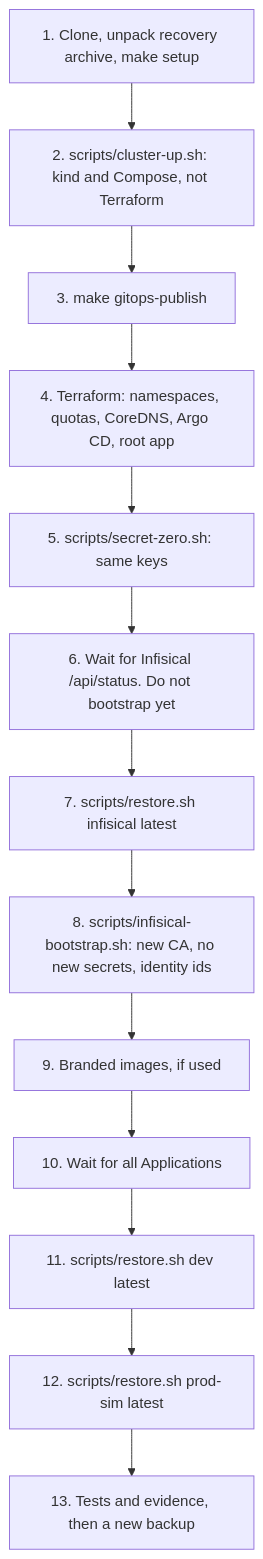
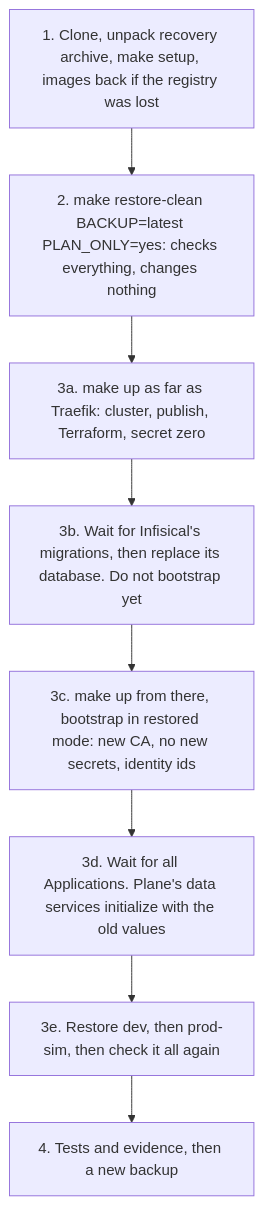
One commit to BereketAbera/plane-platform changed the diagram in docs/disaster-recovery.md. Above: the diagram before and after it, drawn with Mermaid. The commit also changed other lines of this file, not shown here.

Commit message:
docs(disaster-recovery): rebuild the full restoration around make restore-clean, and state what ran, what ran on stubs and what has not run

````diff
--- a/docs/disaster-recovery.md
+++ b/docs/disaster-recovery.md
@@ -225,15 +231,10 @@
 ```mermaid
 flowchart TD
-  A["1. Clone, unpack recovery archive, make setup"] --> B["2. scripts/cluster-up.sh: kind and Compose, not Terraform"]
-  B --> C["3. make gitops-publish"]
-  C --> D["4. Terraform: namespaces, quotas, CoreDNS, Argo CD, root app"]
-  D --> E["5. scripts/secret-zero.sh: same keys"]
-  E --> F["6. Wait for Infisical /api/status. Do not bootstrap yet"]
-  F --> G["7. scripts/restore.sh infisical latest"]
-  G --> H["8. scripts/infisical-bootstrap.sh: new CA, no new secrets, identity ids"]
-  H --> I["9. Branded images, if used"]
-  I --> J["10. Wait for all Applications"]
-  J --> K["11. scripts/restore.sh dev latest"]
-  K --> L["12. scripts/restore.sh prod-sim latest"]
-  L --> M["13. Tests and evidence, then a new backup"]
+  A["1. Clone, unpack recovery archive, make setup, images back if the registry was lost"] --> B["2. make restore-clean BACKUP=latest PLAN_ONLY=yes: checks everything, changes nothing"]
+  B --> C["3a. make up as far as Traefik: cluster, publish, Terraform, secret zero"]
+  C --> D["3b. Wait for Infisical's migrations, then replace its database. Do not bootstrap yet"]
+  D --> E["3c. make up from there, bootstrap in restored mode: new CA, no new secrets, identity ids"]
+  E --> F["3d. Wait for all Applications. Plane's data services initialize with the old values"]
+  F --> G["3e. Restore dev, then prod-sim, then check it all again"]
+  G --> H["4. Tests and evidence, then a new backup"]
 ```
````
